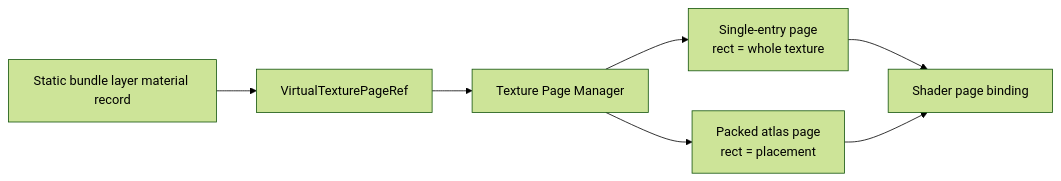
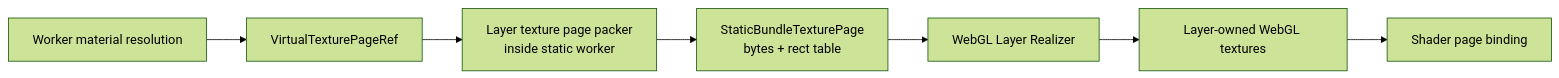
One commit to merklejerk/holtburger changed the fifth of 9 diagrams in docs/plans/holtburger-3d-static-landblock-render-bundle-replacement-plan.md. Above: the diagram before and after it, drawn with Mermaid (forest theme). The commit also changed other lines of this file and 4 other files, not shown here.

````diff
--- a/docs/plans/holtburger-3d-static-landblock-render-bundle-replacement-plan.md
+++ b/docs/plans/holtburger-3d-static-landblock-render-bundle-replacement-plan.md
@@ -352,9 +452,9 @@
 ```mermaid
 flowchart LR
-    A[Static bundle layer material record] --> B[VirtualTexturePageRef]
-    B --> C[Texture Page Manager]
-    C --> D[Single-entry page<br/>rect = whole texture]
-    C --> E[Packed atlas page<br/>rect = placement]
-    D --> F[Shader page binding]
-    E --> F
+    A[Worker material resolution] --> B[VirtualTexturePageRef]
+    B --> C[Layer texture page packer<br/>inside static worker]
+    C --> D[StaticBundleTexturePage<br/>bytes + rect table]
+    D --> E[WebGL Layer Realizer]
+    E --> F[Layer-owned WebGL textures]
+    F --> G[Shader page binding]
 ```
````
